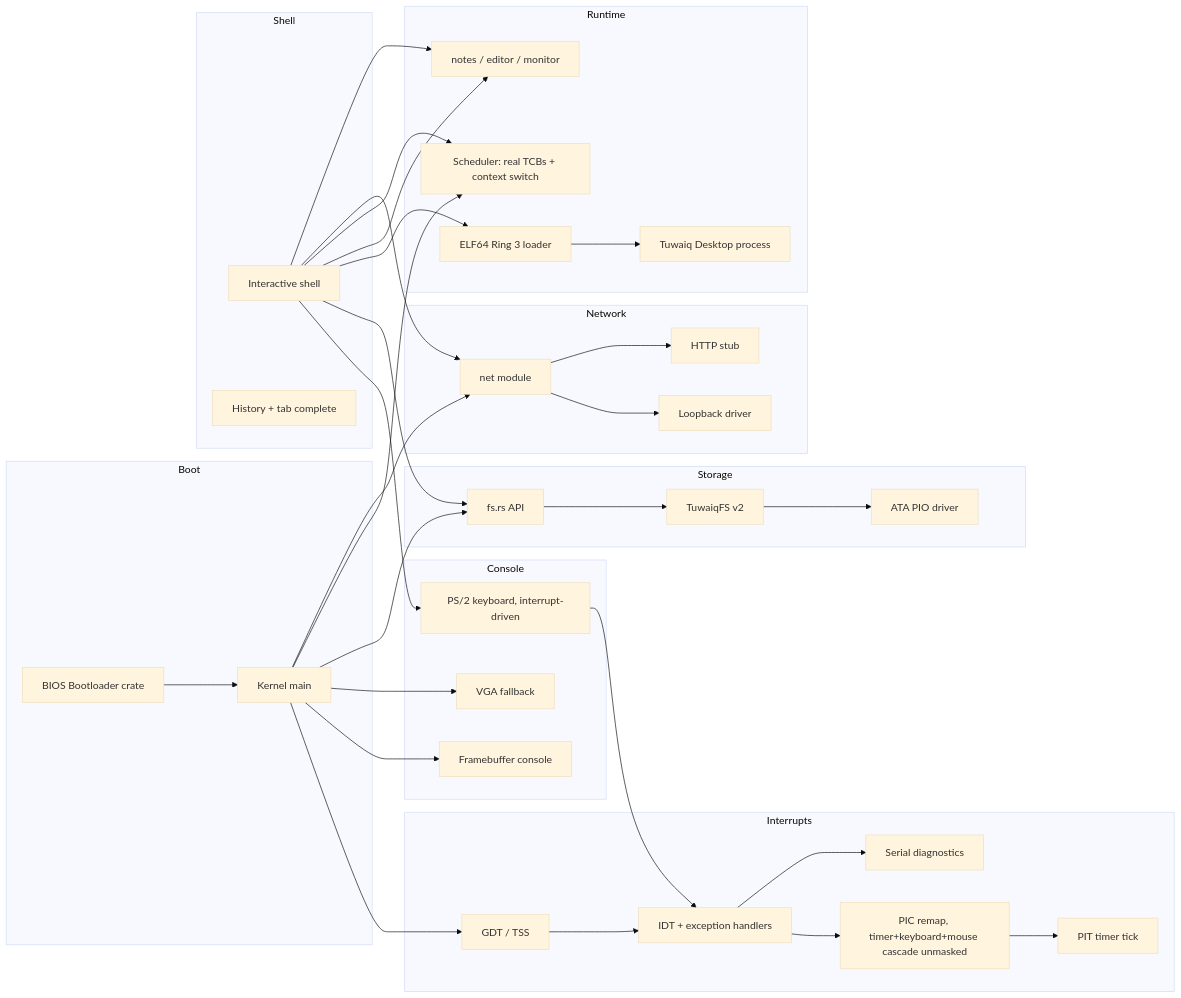
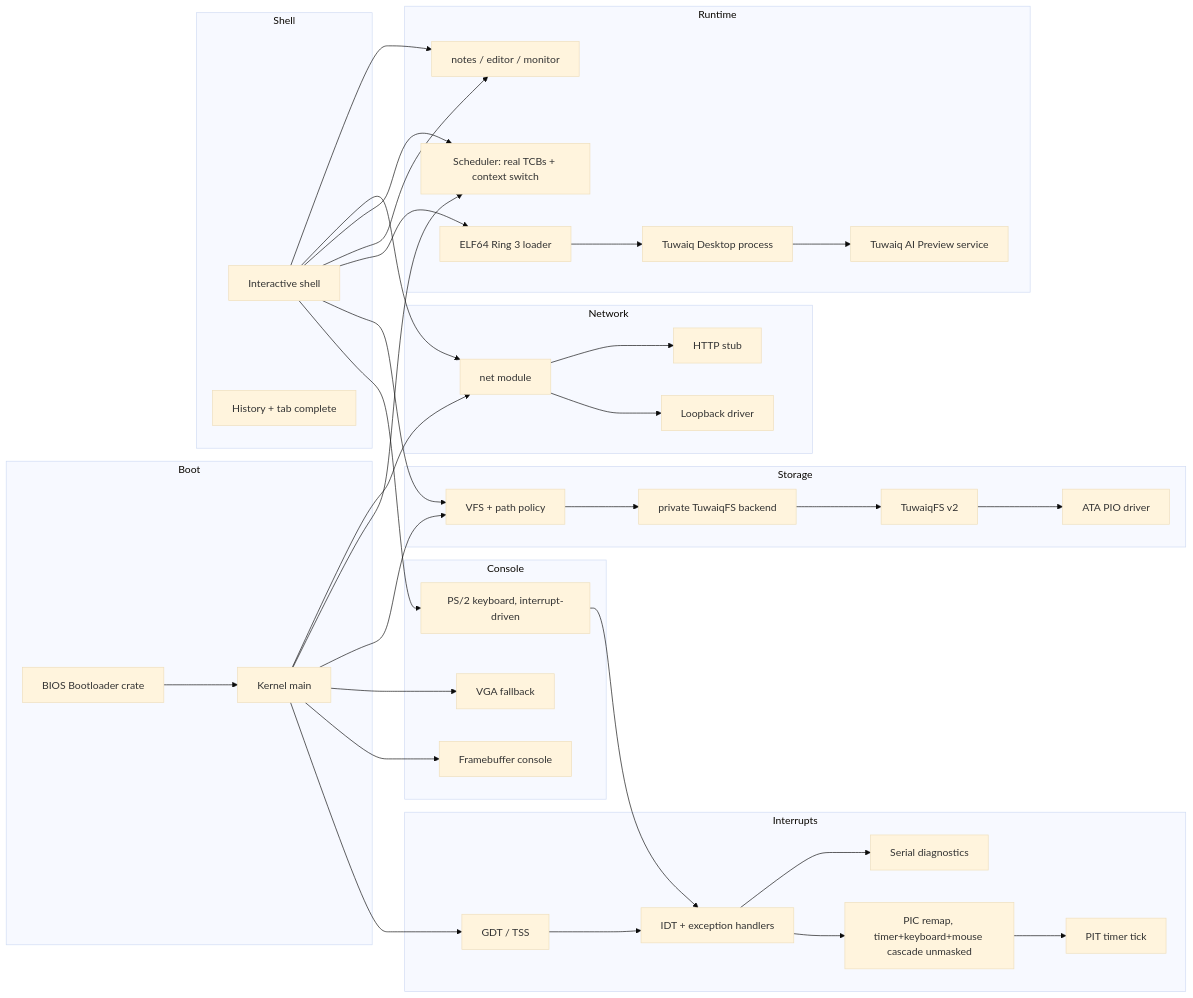
The diagram in ARCHITECTURE.md (ShahadAljohani/TuwaiqOS), drawn with Mermaid (base theme) before and after one commit. The commit also changed other lines of this file and 26 other files, not shown here.

First line of the commit message:
Phase 6: add VFS foundation and Tuwaiq AI Preview (#9)

````diff
--- a/ARCHITECTURE.md
+++ b/ARCHITECTURE.md
@@ -10,58 +11,61 @@
 ```mermaid
 flowchart LR
     subgraph Boot
         B[BIOS Bootloader crate]
         K[Kernel main]
     end
     subgraph Interrupts
         GDT[GDT / TSS]
         IDT[IDT + exception handlers]
         PIC[PIC remap, timer+keyboard+mouse cascade unmasked]
         PIT[PIT timer tick]
         SER[Serial diagnostics]
     end
     subgraph Console
         FB[Framebuffer console]
         VGA[VGA fallback]
         KB[PS/2 keyboard, interrupt-driven]
     end
     subgraph Shell
         SH[Interactive shell]
         HIST[History + tab complete]
     end
     subgraph Storage
-        FS[fs.rs API]
+        VFS[VFS + path policy]
+        FS[private TuwaiqFS backend]
         TQFS[TuwaiqFS v2]
         ATA[ATA PIO driver]
     end
     subgraph Runtime
         TASK[Scheduler: real TCBs + context switch]
         ELF[ELF64 Ring 3 loader]
         DESK[Tuwaiq Desktop process]
+        AIP[Tuwaiq AI Preview service]
         APPS[notes / editor / monitor]
     end
     subgraph Network
         NET[net module]
         LB[Loopback driver]
         HTTP[HTTP stub]
     end
     B --> K
     K --> GDT --> IDT --> PIC --> PIT
     IDT --> SER
     K --> FB
     K --> VGA
-    K --> FS
+    K --> VFS
     K --> TASK
     K --> NET
     KB --> IDT
     SH --> KB
-    SH --> FS
+    SH --> VFS
     SH --> ELF --> DESK
+    DESK --> AIP
     SH --> APPS
     SH --> TASK
     SH --> NET
-    FS --> TQFS --> ATA
+    VFS --> FS --> TQFS --> ATA
     SH --> APPS
     NET --> LB
     NET --> HTTP
 ```
````
